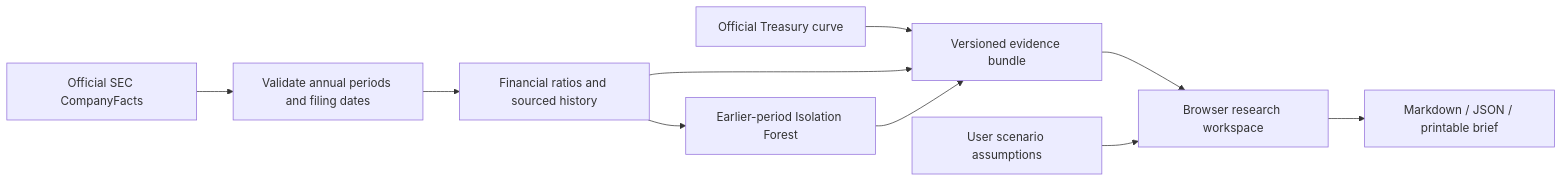
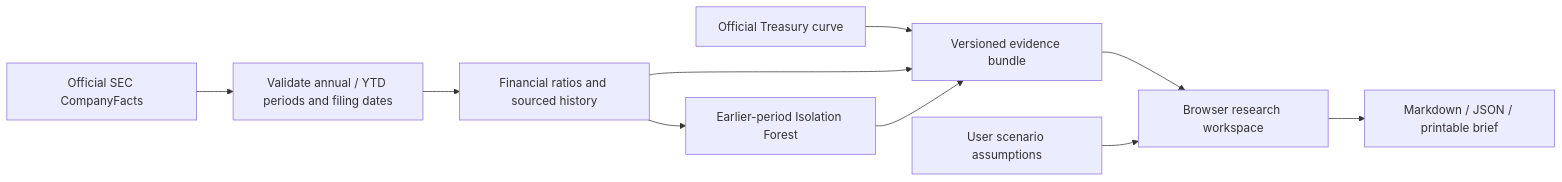
One commit to leon1111-wgl/finscope changed the diagram in README.md. Above: the diagram before and after it, drawn with Mermaid. The commit also changed other lines of this file and 14 other files, not shown here.

````diff
--- a/README.md
+++ b/README.md
@@ -43,12 +44,12 @@
 ```mermaid
 flowchart LR
-  S[Official SEC CompanyFacts] --> V[Validate annual periods and filing dates]
+  S[Official SEC CompanyFacts] --> V[Validate annual / YTD periods and filing dates]
   V --> F[Financial ratios and sourced history]
   F --> M[Earlier-period Isolation Forest]
   T[Official Treasury curve] --> B[Versioned evidence bundle]
   F --> B
   M --> B
   B --> U[Browser research workspace]
   A[User scenario assumptions] --> U
   U --> R[Markdown / JSON / printable brief]
 ```
````
